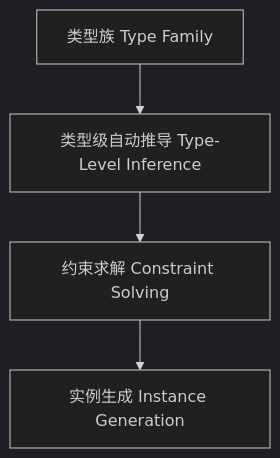
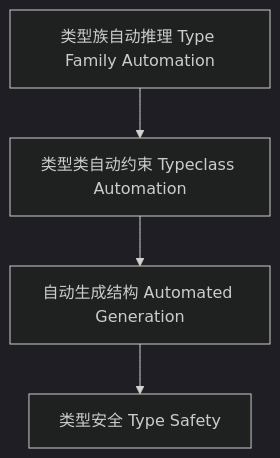
One commit to AdaMartin18010/haskell changed the diagram in docs/analysis/Type/01-Type-Level-Automation.md. Above: the diagram before and after it, drawn with Mermaid (dark theme). The commit also changed other lines of this file and 5 other files, not shown here.

````diff
--- a/docs/analysis/Type/01-Type-Level-Automation.md
+++ b/docs/analysis/Type/01-Type-Level-Automation.md
@@ -70,6 +62,6 @@
 ```mermaid
 graph TD
-  A[类型族 Type Family] --> B[类型级自动推导 Type-Level Inference]
-  B --> C[约束求解 Constraint Solving]
-  C --> D[实例生成 Instance Generation]
+  A[类型族自动推理 Type Family Automation] --> B[类型类自动约束 Typeclass Automation]
+  B --> C[自动生成结构 Automated Generation]
+  C --> D[类型安全 Type Safety]
 ```
````
